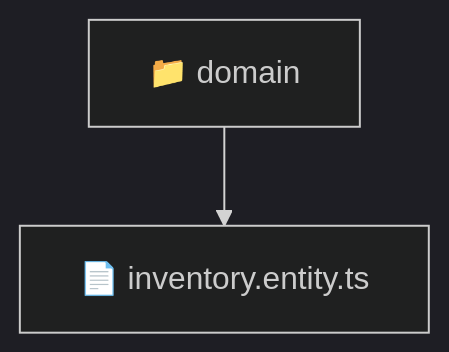
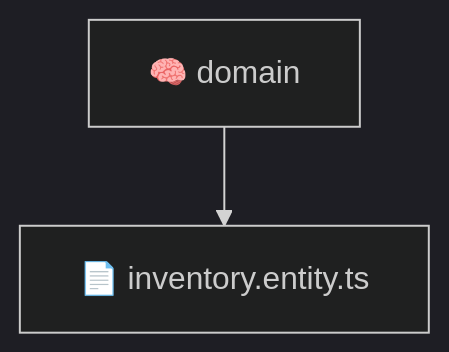
One commit to beginwebdev2002/fullstack-mavluda changed the diagram in backend/src/modules/inventory/domain/README.md. Above: the diagram before and after it, drawn with Mermaid (dark theme). The commit also changed other lines of this file and 165 other files, not shown here.

First line of the commit message:
docs: generate localized architectural READMEs

````diff
--- a/backend/src/modules/inventory/domain/README.md
+++ b/backend/src/modules/inventory/domain/README.md
@@ -10,5 +9,5 @@
 ```mermaid
 graph TD
-  Root["📁 domain"]
-  Root --> inventoryentityts["📄 inventory.entity.ts"]
+  domain["🧠 domain"]
+  domain --> inventory_entity_ts["📄 inventory.entity.ts"]
 ```
````
